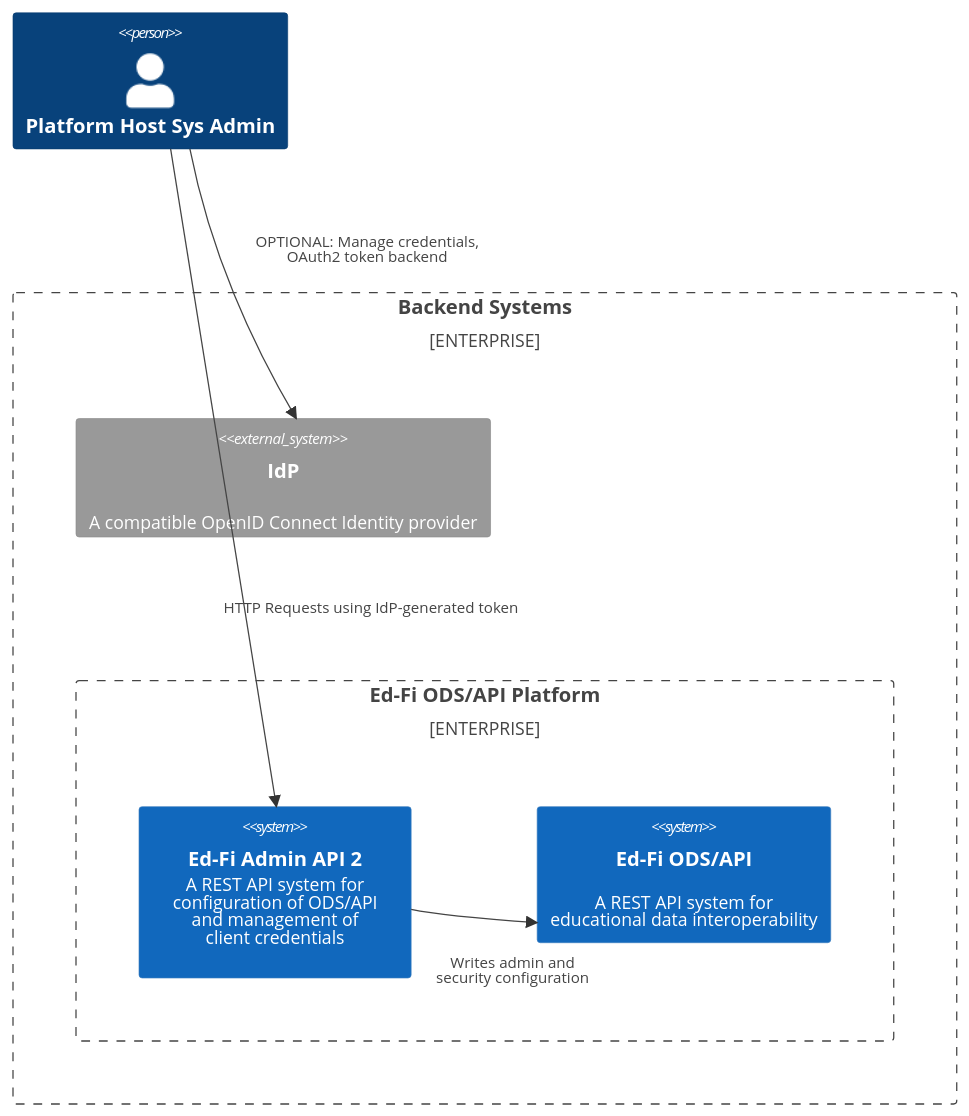
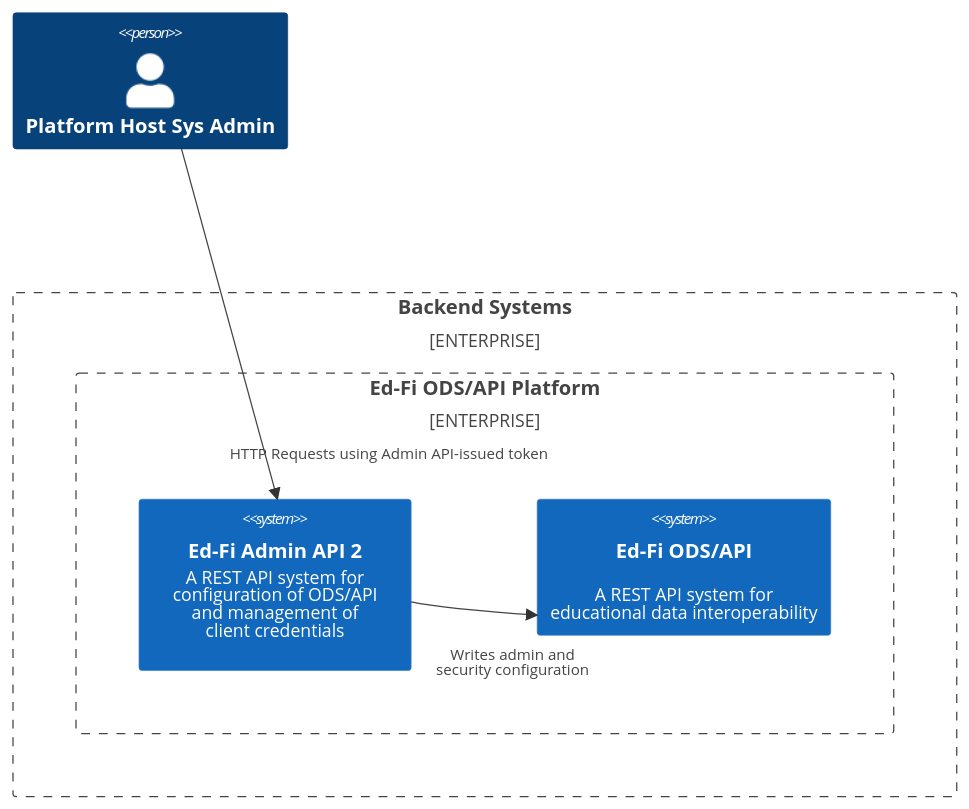
One commit to Ed-Fi-Alliance-OSS/ODS-Admin-API changed the third of 5 diagrams in docs/design/auth/README.md. Above: the diagram before and after it, drawn with Mermaid. The commit also changed other lines of this file and 47 other files, not shown here.

````diff
--- a/docs/design/auth/README.md
+++ b/docs/design/auth/README.md
@@ -90,25 +84,20 @@
 ```mermaid
 C4Context
     Person(SysAdmin, "Platform Host Sys Admin")
 
     Enterprise_Boundary(backend, "Backend Systems") {
 
         Enterprise_Boundary(platform, "Ed-Fi ODS/API Platform") {
 
             System(AdminApi, "Ed-Fi Admin API 2", "A REST API system for<br />configuration of ODS/API<br />and management of<br />client credentials")
 
             System(OdsApi, "Ed-Fi ODS/API", "A REST API system for<br />educational data interoperability")
         }
         
-        Rel(SysAdmin, AdminApi, "HTTP Requests using IdP-generated token")
+        Rel(SysAdmin, AdminApi, "HTTP Requests using Admin API-issued token")
         UpdateRelStyle(SysAdmin, AdminApi, $offsetX="0", $offsetY="100")
 
         Rel(AdminApi, OdsApi, "Writes admin and<br />security configuration")
         UpdateRelStyle(AdminApi, OdsApi, $offsetX="-30", $offsetY="40")
-
-        System_Ext(IdP, "IdP", "A compatible OpenID Connect Identity provider")
-
-        Rel(SysAdmin, IdP, "OPTIONAL: Manage credentials,<br />OAuth2 token backend")
-        UpdateRelStyle(SysAdmin, IdP, $offsetX="10", $offsetY="-30")
     }
 ```
````
